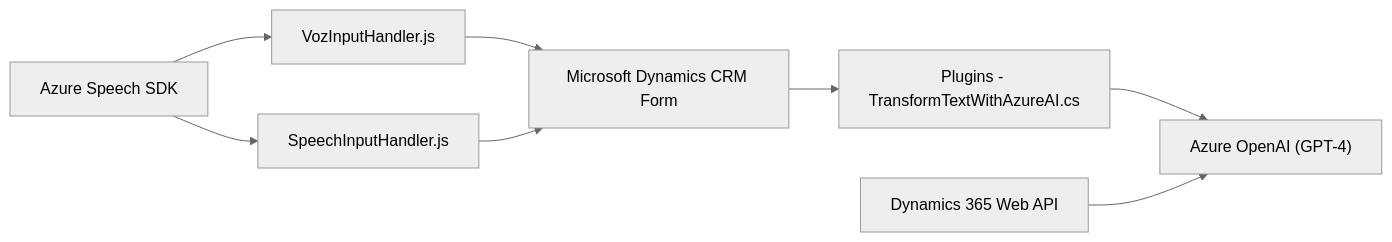
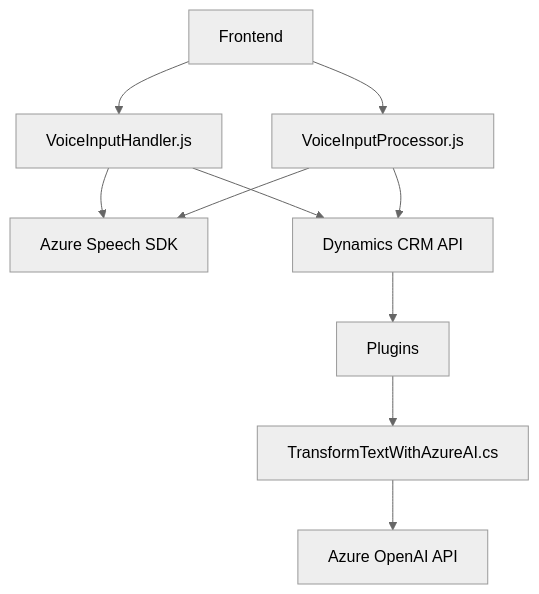
Before and after one commit to blopezdm/NETCORE_BILBAO2025: the diagram in README.md, drawn with Mermaid (neutral theme). The commit also changed other lines of this file, not shown here.

````diff
--- a/README.md
+++ b/README.md
@@ -54,10 +48,21 @@
 ```mermaid
-graph LR
-A["Azure Speech SDK"] --> B["VozInputHandler.js"]
-A --> C["SpeechInputHandler.js"]
-B --> D["Microsoft Dynamics CRM Form"]
-C --> D
-D --> E["Plugins - TransformTextWithAzureAI.cs"]
-E --> F["Azure OpenAI (GPT-4)"]
-G["Dynamics 365 Web API"] --> F
+graph TD
+    A["Frontend"]
+    B["VoiceInputHandler.js"]
+    C["VoiceInputProcessor.js"]
+    D["Azure Speech SDK"]
+    E["Dynamics CRM API"]
+    F["Plugins"]
+    G["TransformTextWithAzureAI.cs"]
+    H["Azure OpenAI API"]
+
+    A-->B
+    A-->C
+    B-->D
+    C-->D
+    B-->E
+    C-->E
+    E-->F
+    F-->G
+    G-->H
 ```
````
